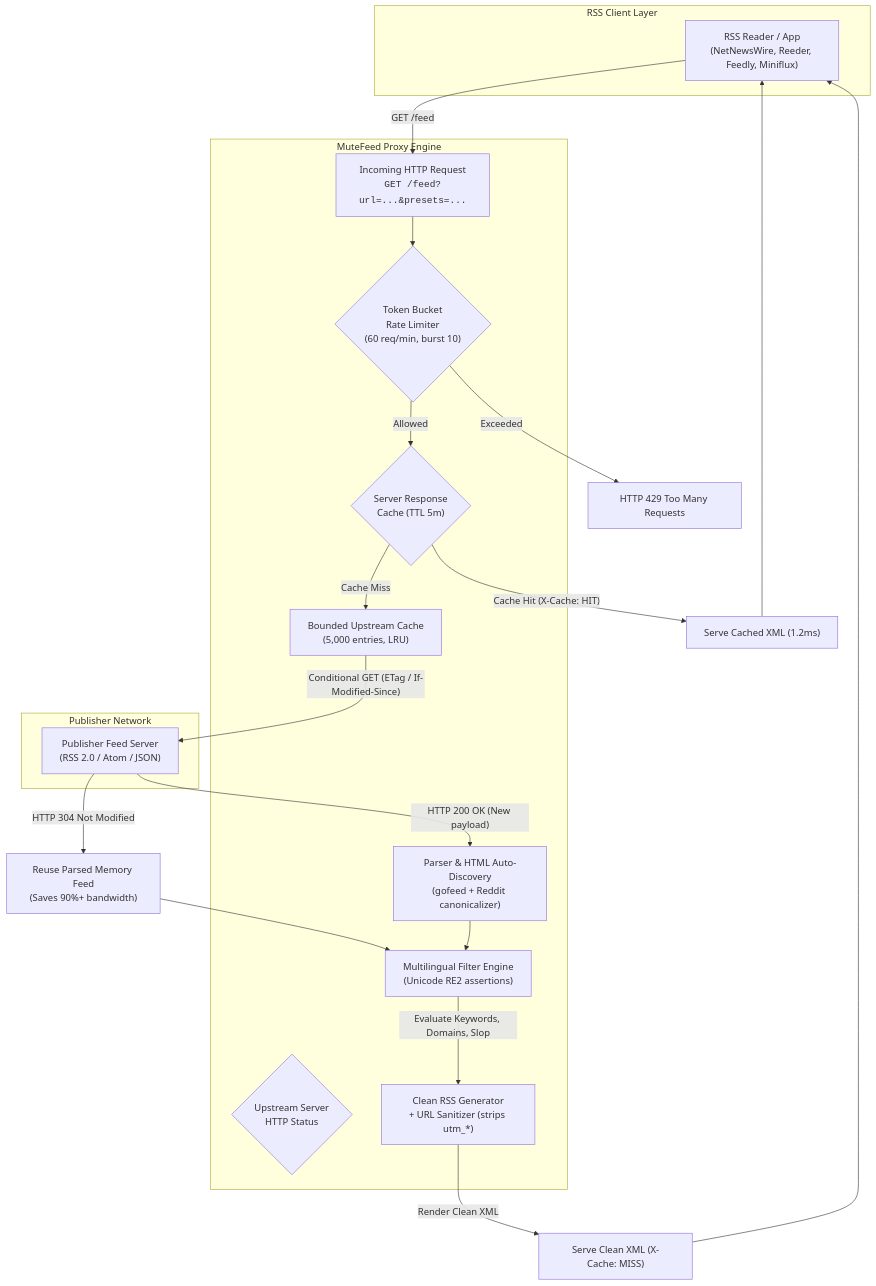
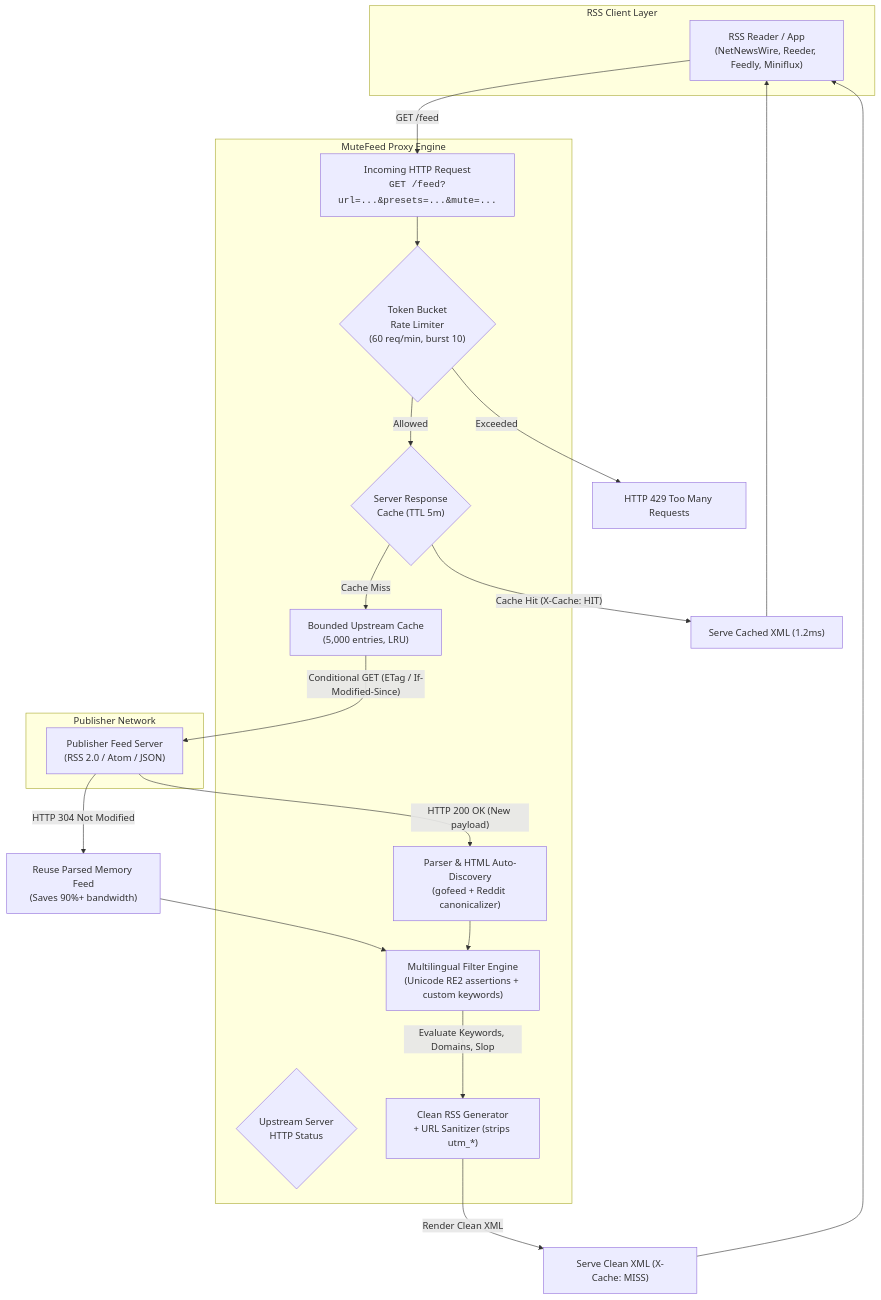
One commit to enlivee/mutefeed changed the diagram in README.md. Above: the diagram before and after it, drawn with Mermaid. The commit also changed other lines of this file and 7 other files, not shown here.

````diff
--- a/README.md
+++ b/README.md
@@ -125,37 +168,37 @@
 ```mermaid
 flowchart TD
     subgraph Client ["RSS Client Layer"]
         A["RSS Reader / App<br/>(NetNewsWire, Reeder, Feedly, Miniflux)"]
     end
 
     subgraph MuteFeed ["MuteFeed Proxy Engine"]
-        B["Incoming HTTP Request<br/><code>GET /feed?url=...&presets=...</code>"]
+        B["Incoming HTTP Request<br/><code>GET /feed?url=...&presets=...&mute=...</code>"]
         C{"Token Bucket<br/>Rate Limiter<br/>(60 req/min, burst 10)"}
         D{"Server Response<br/>Cache (TTL 5m)"}
         E["Bounded Upstream Cache<br/>(5,000 entries, LRU)"]
         F{"Upstream Server<br/>HTTP Status"}
         G["Parser & HTML Auto-Discovery<br/>(gofeed + Reddit canonicalizer)"]
-        H["Multilingual Filter Engine<br/>(Unicode RE2 assertions)"]
+        H["Multilingual Filter Engine<br/>(Unicode RE2 assertions + custom keywords)"]
         I["Clean RSS Generator<br/>+ URL Sanitizer (strips utm_*)"]
     end
 
     subgraph Upstream ["Publisher Network"]
         J["Publisher Feed Server<br/>(RSS 2.0 / Atom / JSON)"]
     end
 
     A -->|"GET /feed"| B
     B --> C
     C -->|"Exceeded"| C_429["HTTP 429 Too Many Requests"]
     C -->|"Allowed"| D
     D -->|"Cache Hit (X-Cache: HIT)"| RetFast["Serve Cached XML (1.2ms)"]
     RetFast --> A
     D -->|"Cache Miss"| E
     E -->|"Conditional GET (ETag / If-Modified-Since)"| J
     J -->|"HTTP 304 Not Modified"| ReuseFeed["Reuse Parsed Memory Feed<br/>(Saves 90%+ bandwidth)"]
     J -->|"HTTP 200 OK (New payload)"| G
     ReuseFeed --> H
     G --> H
     H -->|"Evaluate Keywords, Domains, Slop"| I
     I -->|"Render Clean XML"| RetClean["Serve Clean XML (X-Cache: MISS)"]
     RetClean --> A
 ```
````
